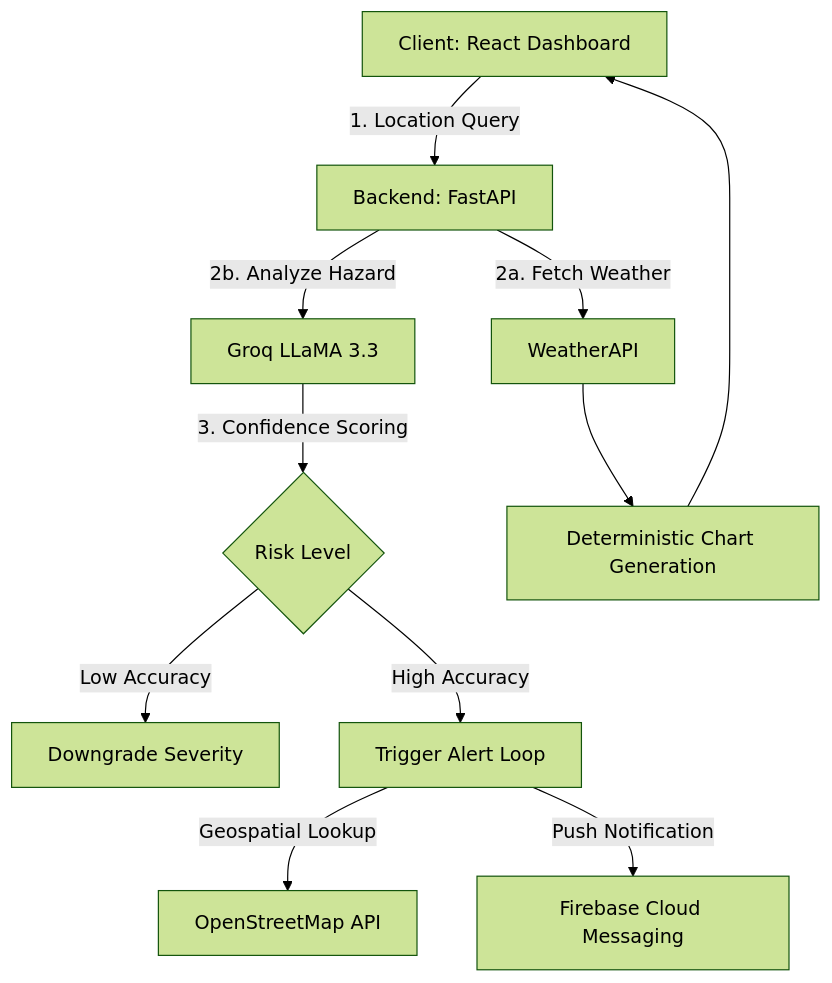
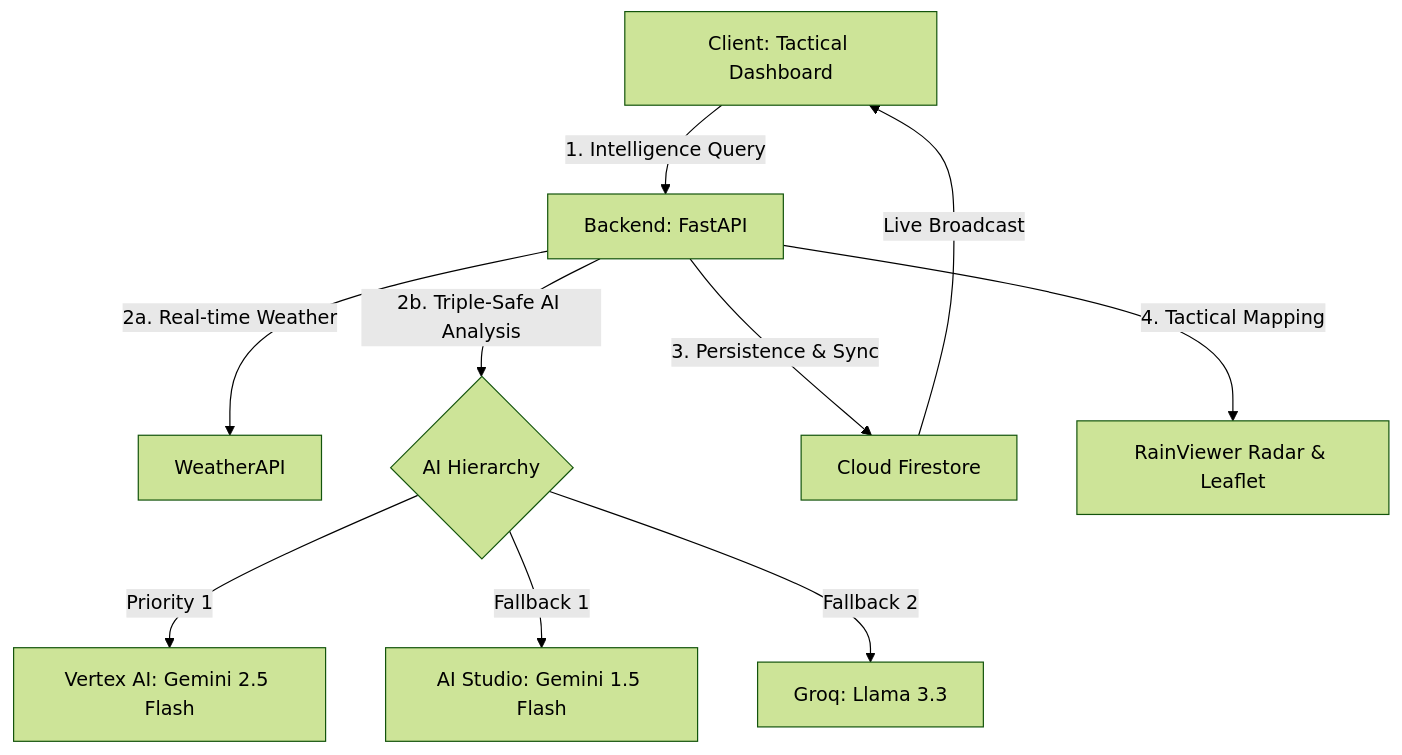
One commit to thaqifzlfth123-spec/natures-event changed the diagram in README.md. Above: the diagram before and after it, drawn with Mermaid (forest theme). The commit also changed other lines of this file and 1 other file, not shown here.

Commit message:
Docs: Updated README and WALKTHROUGH to reflect Guardian Platform architecture

````diff
--- a/README.md
+++ b/README.md
@@ -7,13 +8,12 @@
 ```mermaid
 graph TD
-    A[Client: React Dashboard] -- "1. Location Query" --> B[Backend: FastAPI]
-    B -- "2a. Fetch Weather" --> C[WeatherAPI]
-    B -- "2b. Analyze Hazard" --> D[Groq LLaMA 3.3]
-    D -- "3. Confidence Scoring" --> E{Risk Level}
-    E -- "Low Accuracy" --> F[Downgrade Severity]
-    E -- "High Accuracy" --> G[Trigger Alert Loop]
-    G -- "Geospatial Lookup" --> H[OpenStreetMap API]
-    G -- "Push Notification" --> I[Firebase Cloud Messaging]
-    C --> J[Deterministic Chart Generation]
-    J --> A
+    A[Client: Tactical Dashboard] -- "1. Intelligence Query" --> B[Backend: FastAPI]
+    B -- "2a. Real-time Weather" --> C[WeatherAPI]
+    B -- "2b. Triple-Safe AI Analysis" --> D{AI Hierarchy}
+    D -- "Priority 1" --> E[Vertex AI: Gemini 2.5 Flash]
+    D -- "Fallback 1" --> F[AI Studio: Gemini 1.5 Flash]
+    D -- "Fallback 2" --> G[Groq: Llama 3.3]
+    B -- "3. Persistence & Sync" --> H[Cloud Firestore]
+    H -- "Live Broadcast" --> A
+    B -- "4. Tactical Mapping" --> I[RainViewer Radar & Leaflet]
 ```
````
